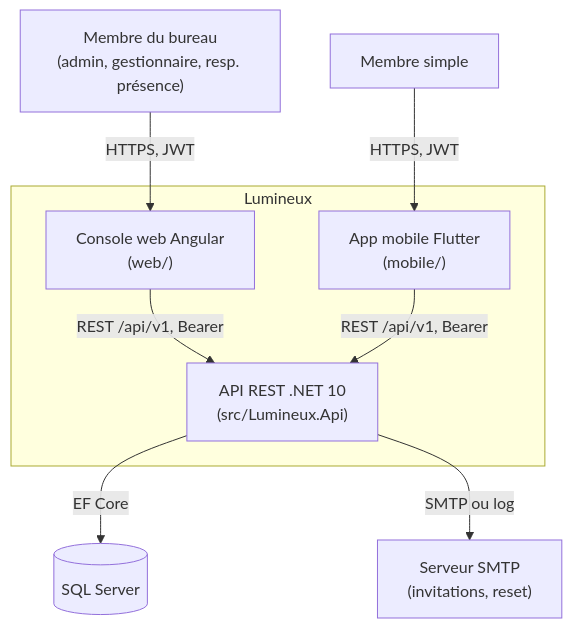
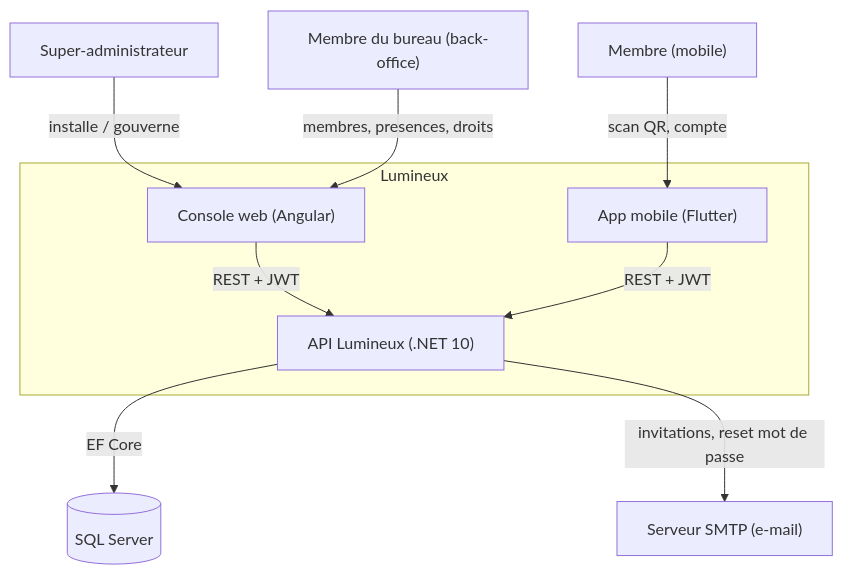
Before and after one commit to kiboMarcel/lumineux: the diagram in docs/audit/01-vue-ensemble.md, drawn with Mermaid. The commit also changed other lines of this file and 9 other files, not shown here.

````diff
--- a/docs/audit/01-vue-ensemble.md
+++ b/docs/audit/01-vue-ensemble.md
@@ -132,21 +126,23 @@
 ```mermaid
 graph TD
-    Bureau["Membre du bureau<br/>(admin, gestionnaire, resp. présence)"]
-    Membre["Membre simple"]
+    Bureau["Membre du bureau (back-office)"]
+    Membre["Membre (mobile)"]
+    Admin["Super-administrateur"]
 
     subgraph Lumineux
-        SPA["Console web Angular<br/>(web/)"]
-        Mobile["App mobile Flutter<br/>(mobile/)"]
-        API["API REST .NET 10<br/>(src/Lumineux.Api)"]
+        API["API Lumineux (.NET 10)"]
+        Web["Console web (Angular)"]
+        Mobile["App mobile (Flutter)"]
     end
 
-    DB[("SQL Server")]
-    SMTP["Serveur SMTP<br/>(invitations, reset)"]
+    SqlServer[("SQL Server")]
+    Smtp["Serveur SMTP (e-mail)"]
 
-    Bureau -->|"HTTPS, JWT"| SPA
-    Membre -->|"HTTPS, JWT"| Mobile
-    SPA -->|"REST /api/v1, Bearer"| API
-    Mobile -->|"REST /api/v1, Bearer"| API
-    API -->|"EF Core"| DB
-    API -->|"SMTP ou log"| SMTP
+    Admin -->|installe / gouverne| Web
+    Bureau -->|membres, presences, droits| Web
+    Membre -->|scan QR, compte| Mobile
+    Web -->|REST + JWT| API
+    Mobile -->|REST + JWT| API
+    API -->|EF Core| SqlServer
+    API -->|invitations, reset mot de passe| Smtp
 ```
````
